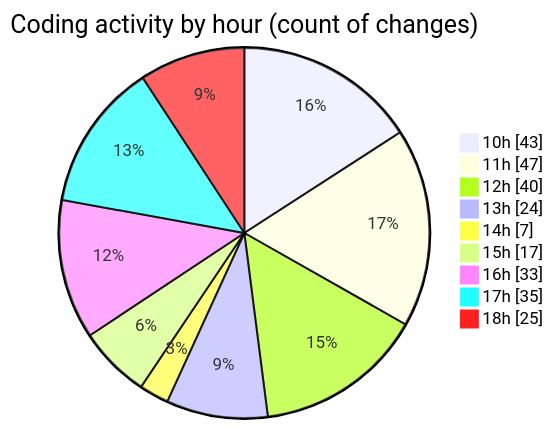
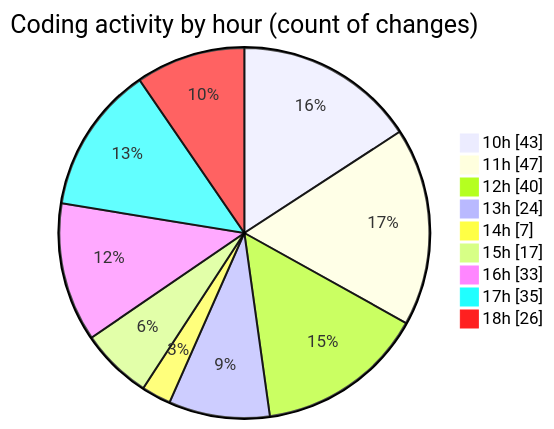
The second of 2 diagrams in 2025-02-10/cda/README.md (momahboobian/code-tracking), drawn with Mermaid before and after one commit. The commit also changed other lines of this file and 1 other file, not shown here.

````diff
--- a/2025-02-10/cda/README.md
+++ b/2025-02-10/cda/README.md
@@ -35,13 +35,13 @@
 ```mermaid
 pie showData
 title Coding activity by hour (count of changes)
 "10h" : 43
 "11h" : 47
 "12h" : 40
 "13h" : 24
 "14h" : 7
 "15h" : 17
 "16h" : 33
 "17h" : 35
-"18h" : 25
+"18h" : 26
 ```
````
